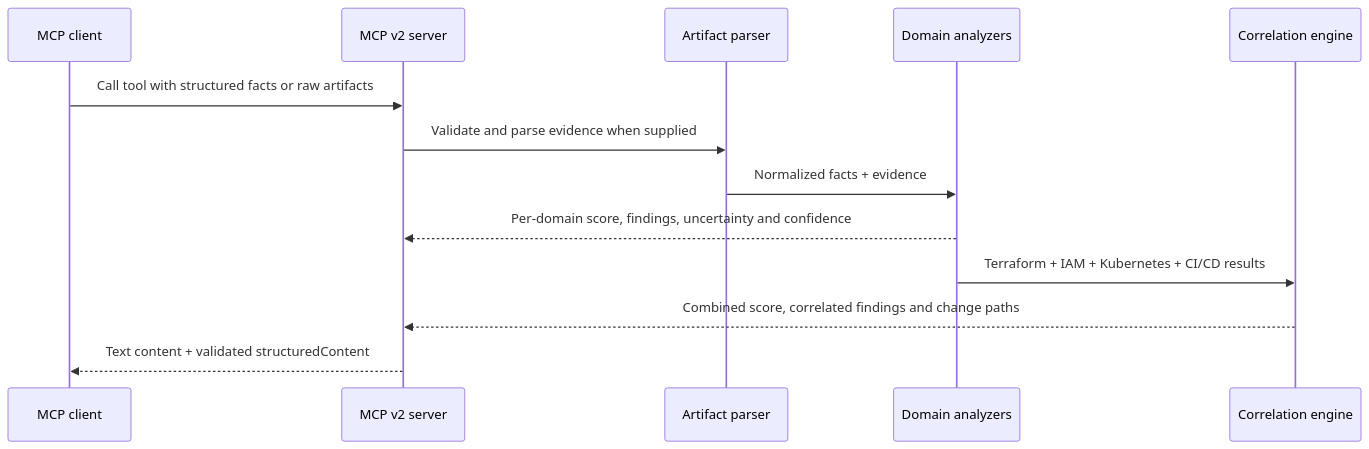
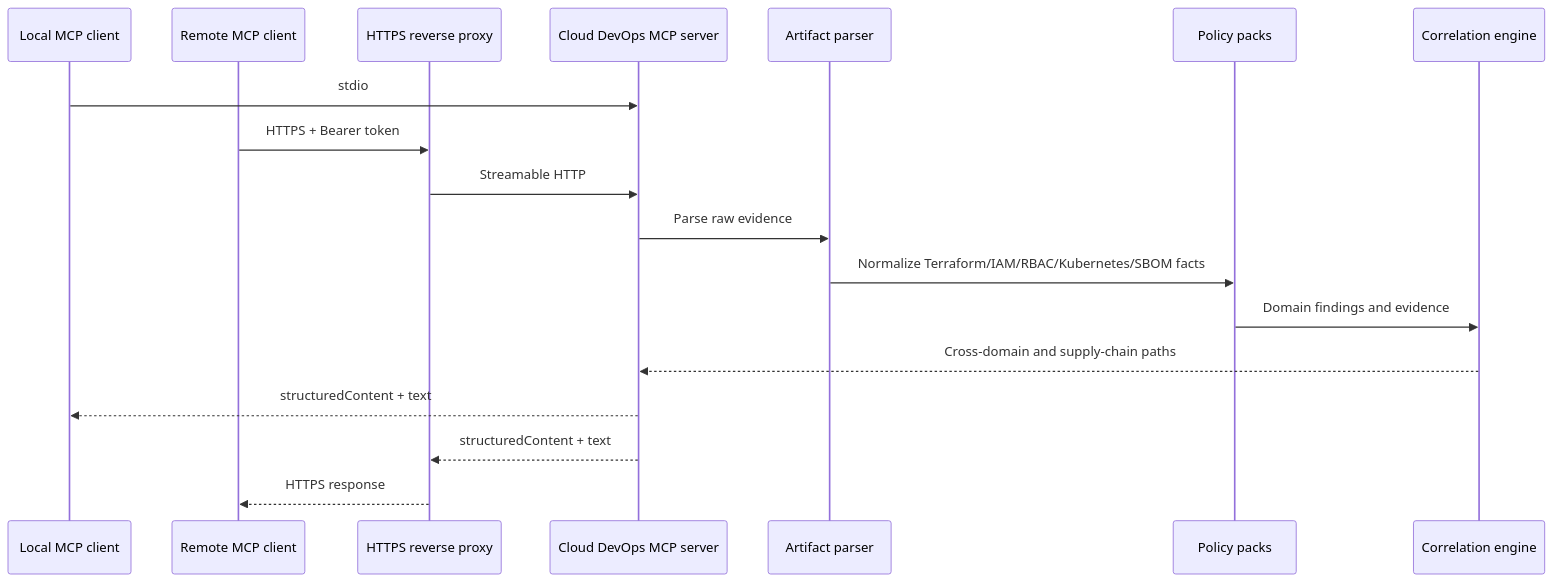
One commit to alexcgodwin/cloud-devops-mcp-server changed the diagram in docs/architecture.md. Above: the diagram before and after it, drawn with Mermaid. The commit also changed other lines of this file and 23 other files, not shown here.

Commit message:
Add multi-cloud security intelligence and authenticated HTTP (#9)

````diff
--- a/docs/architecture.md
+++ b/docs/architecture.md
@@ -7,16 +7,21 @@
 ```mermaid
 sequenceDiagram
-  participant Client as MCP client
-  participant Server as MCP v2 server
+  participant Local as Local MCP client
+  participant Remote as Remote MCP client
+  participant Gateway as HTTPS reverse proxy
+  participant Server as Cloud DevOps MCP server
   participant Parser as Artifact parser
-  participant Domain as Domain analyzers
+  participant Policy as Policy packs
   participant Correlator as Correlation engine
 
-  Client->>Server: Call tool with structured facts or raw artifacts
-  Server->>Parser: Validate and parse evidence when supplied
-  Parser->>Domain: Normalized facts + evidence
-  Domain-->>Server: Per-domain score, findings, uncertainty and confidence
-  Domain->>Correlator: Terraform + IAM + Kubernetes + CI/CD results
-  Correlator-->>Server: Combined score, correlated findings and change paths
-  Server-->>Client: Text content + validated structuredContent
+  Local->>Server: stdio
+  Remote->>Gateway: HTTPS + Bearer token
+  Gateway->>Server: Streamable HTTP
+  Server->>Parser: Parse raw evidence
+  Parser->>Policy: Normalize Terraform/IAM/RBAC/Kubernetes/SBOM facts
+  Policy->>Correlator: Domain findings and evidence
+  Correlator-->>Server: Cross-domain and supply-chain paths
+  Server-->>Local: structuredContent + text
+  Server-->>Gateway: structuredContent + text
+  Gateway-->>Remote: HTTPS response
 ```
````
